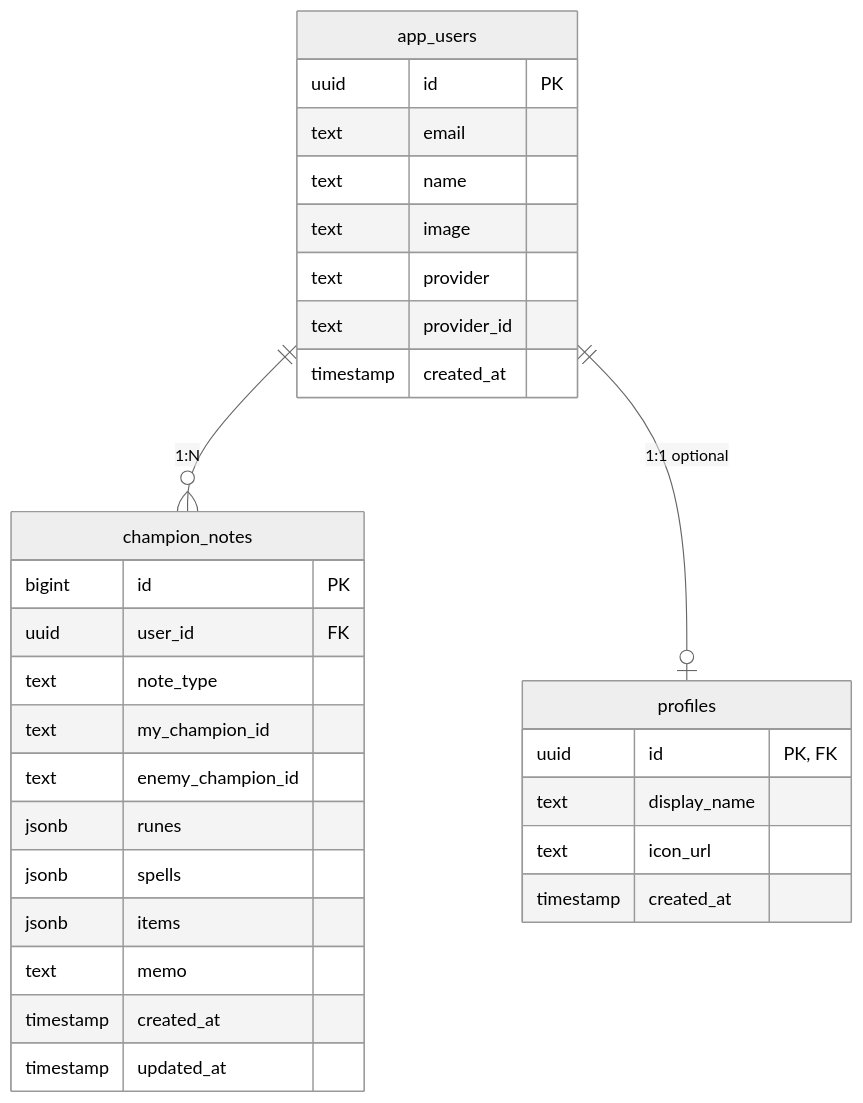
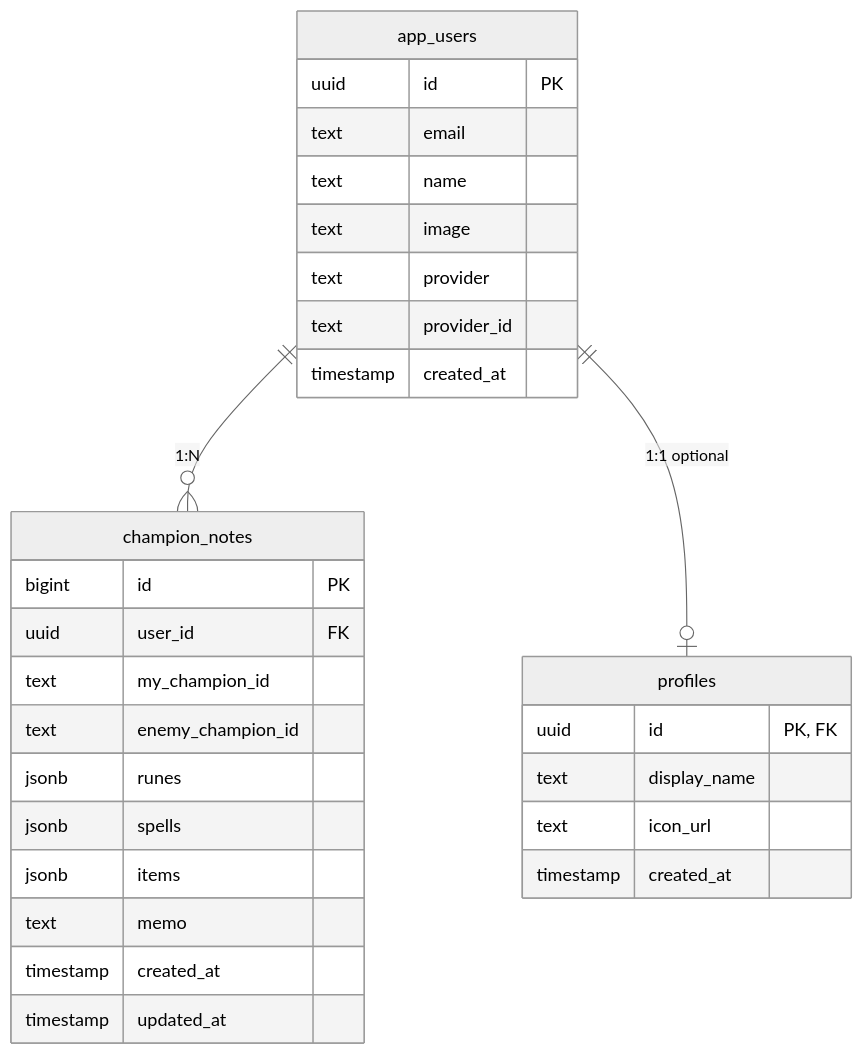
Before and after one commit to clone701/lollab: the third of 3 diagrams in .kiro/specs/note-database-design/design.md, drawn with Mermaid (neutral theme). The commit also changed other lines of this file and 50 other files, not shown here.

````diff
--- a/.kiro/specs/note-database-design/design.md
+++ b/.kiro/specs/note-database-design/design.md
@@ -256,36 +243,35 @@
 ```mermaid
 erDiagram
     app_users ||--o{ champion_notes : "1:N"
     app_users ||--o| profiles : "1:1 optional"
     
     app_users {
         uuid id PK
         text email
         text name
         text image
         text provider
         text provider_id
         timestamp created_at
     }
     
     profiles {
         uuid id "PK, FK"
         text display_name
         text icon_url
         timestamp created_at
     }
     
     champion_notes {
         bigint id PK
         uuid user_id FK
-        text note_type
         text my_champion_id
         text enemy_champion_id
         jsonb runes
         jsonb spells
         jsonb items
         text memo
         timestamp created_at
         timestamp updated_at
     }
 ```
````
